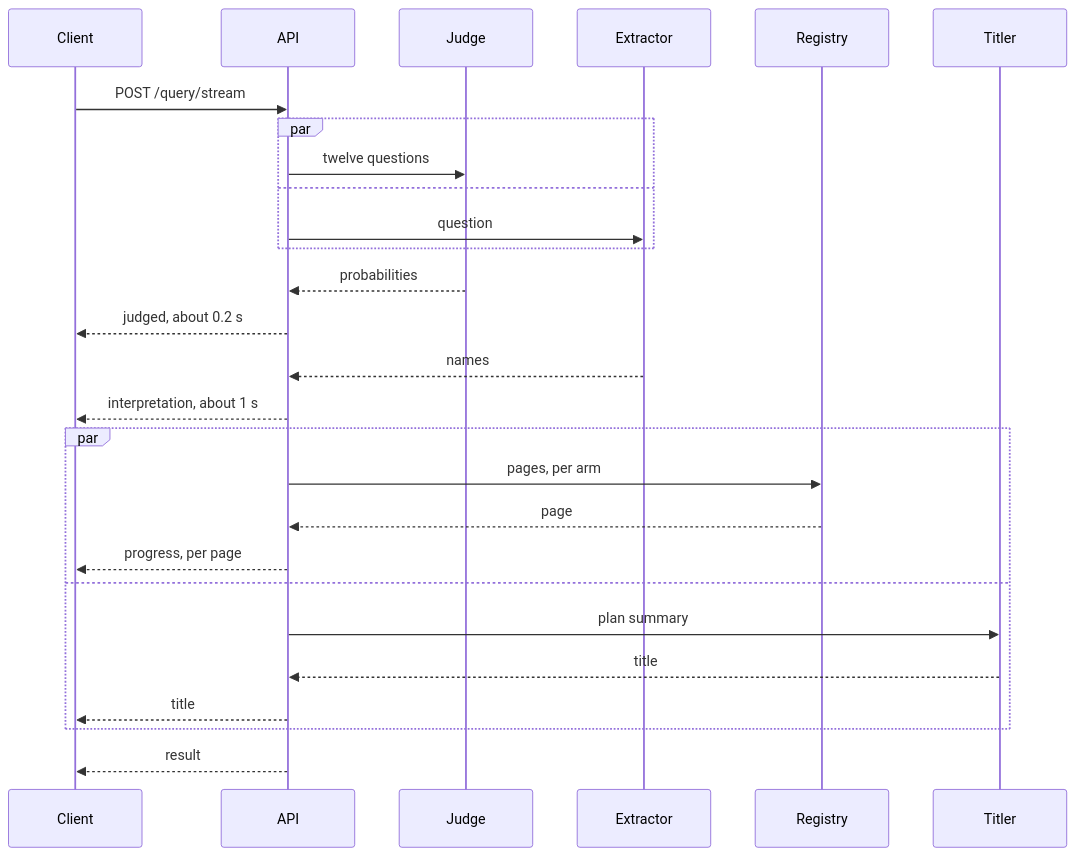
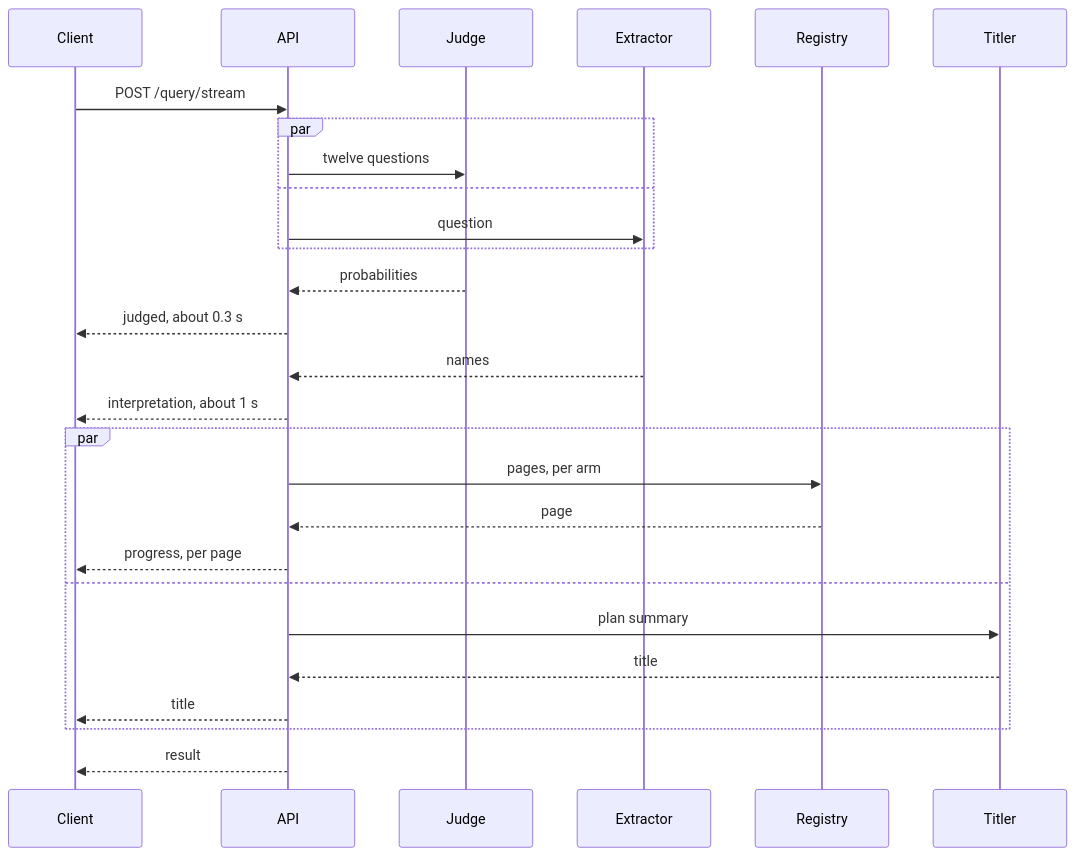
One commit to ojpbarbosa/chatctg changed the second of 4 diagrams in README.md. Above: the diagram before and after it, drawn with Mermaid. The commit also changed other lines of this file, not shown here.

Commit message:
Re-sync the README with the regenerated examples and 310 tests, credit the author with the 25 original evaluation questions, cite a melanoma trial on the sankey's largest link, and tighten the planner diagram, the matrix note, the series cap, the extraction row and the deploy steps

````diff
--- a/README.md
+++ b/README.md
@@ -178,29 +178,29 @@
 ```mermaid
 sequenceDiagram
   participant C as Client
   participant A as API
   participant J as Judge
   participant X as Extractor
   participant R as Registry
   participant T as Titler
   C->>A: POST /query/stream
   par
     A->>J: twelve questions
   and
     A->>X: question
   end
   J-->>A: probabilities
-  A-->>C: judged, about 0.2 s
+  A-->>C: judged, about 0.3 s
   X-->>A: names
   A-->>C: interpretation, about 1 s
   par
     A->>R: pages, per arm
     R-->>A: page
     A-->>C: progress, per page
   and
     A->>T: plan summary
     T-->>A: title
     A-->>C: title
   end
   A-->>C: result
 ```
````
